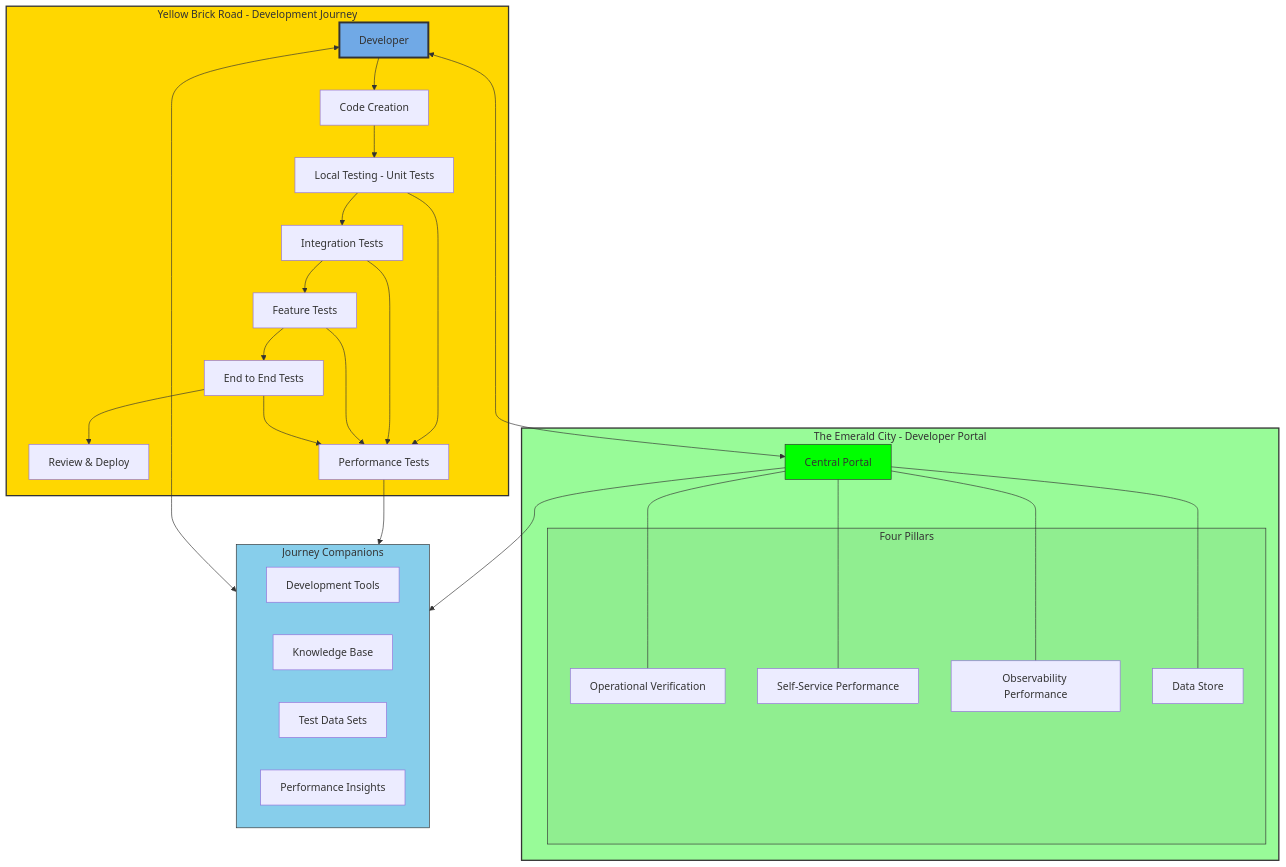
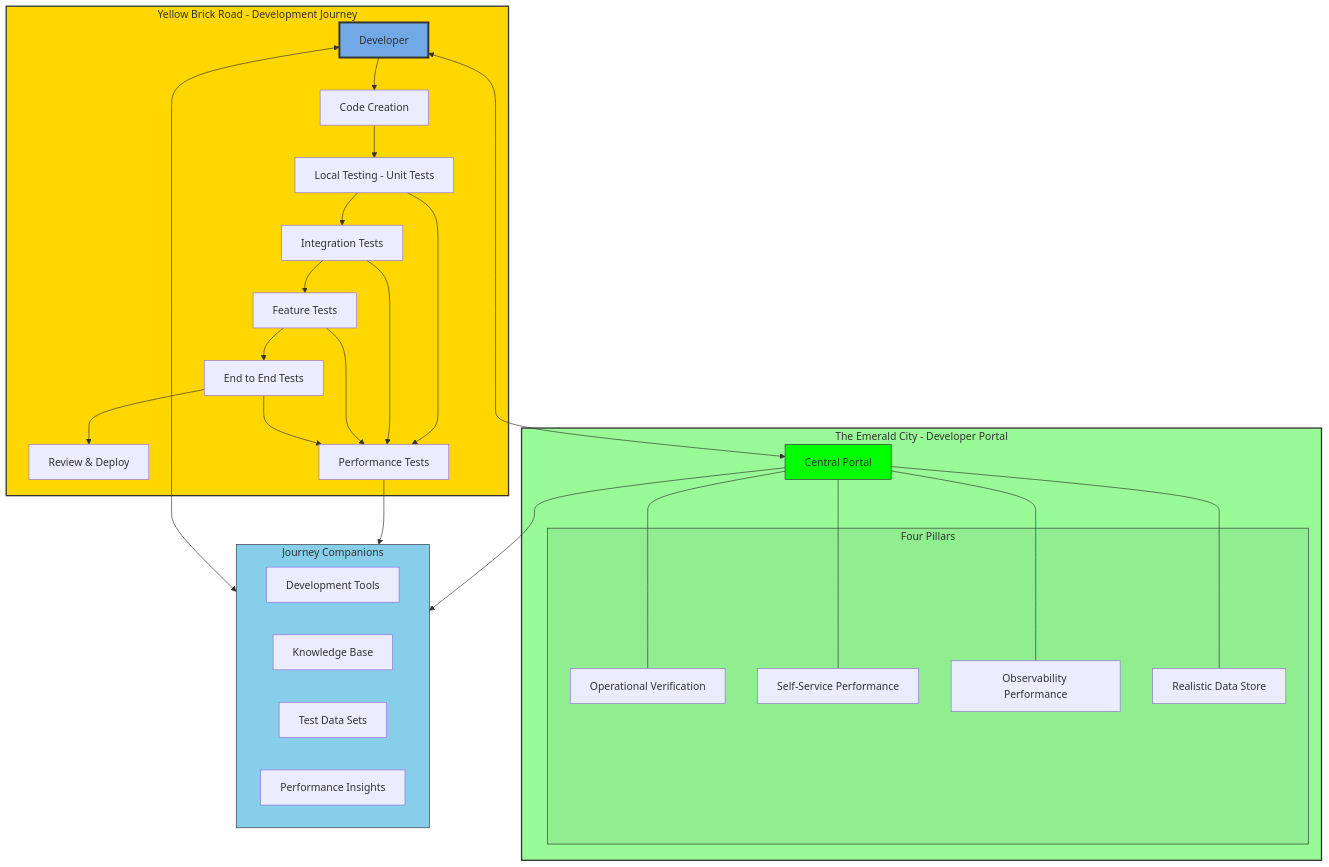
Before and after one commit to zalyoung/gitlab-handbook: the first of 4 diagrams in content/handbook/engineering/infrastructure-platforms/developer-experience/performance-enablement/_index.md, drawn with Mermaid.

Commit message:
Updating pillar naming

````diff
--- a/content/handbook/engineering/infrastructure-platforms/developer-experience/performance-enablement/_index.md
+++ b/content/handbook/engineering/infrastructure-platforms/developer-experience/performance-enablement/_index.md
@@ -19,48 +19,48 @@
 ```mermaid
 flowchart TD
     subgraph EC[The Emerald City - Developer Portal]
         Portal[Central Portal]
         subgraph Buildings[Four Pillars]
             DV[Operational Verification]
             SF[Self-Service Performance]
             OB[Observability Performance]
-            DS[Data Store]
+            DS[Realistic Data Store]
         end
         Portal --- DV
         Portal --- SF
         Portal --- OB
         Portal --- DS
     end
 
     subgraph YBR[Yellow Brick Road - Development Journey]
         Dev[Developer] --> Code[Code Creation]
         Code --> Unit[Local Testing - Unit Tests]
         Unit --> Integration[Integration Tests]
         Integration --> Feature[Feature Tests]
         Feature --> E2E[End to End Tests]
         E2E --> Review[Review & Deploy]
         Unit --> Perf[Performance Tests]
         Integration --> Perf
         Feature --> Perf
         E2E --> Perf
     end
 
     subgraph Guide[Journey Companions]
         Tools[Development Tools]
         Docs[Knowledge Base]
         Data[Test Data Sets]
         Insights[Performance Insights]
     end
 
     Perf --> Guide
     Dev <--> Portal
     Dev <--> Guide
     Portal --> Guide
     
     style EC fill:#98FB98,stroke:#333,stroke-width:2px
     style YBR fill:#FFD700,stroke:#333,stroke-width:2px
     style Guide fill:#87CEEB,stroke:#333
     style Portal fill:#00FF00,stroke:#333
     style Dev fill:#70a9e6,stroke:#333,stroke-width:3px
     style Buildings fill:#90EE90,stroke:#333
 ```
````
